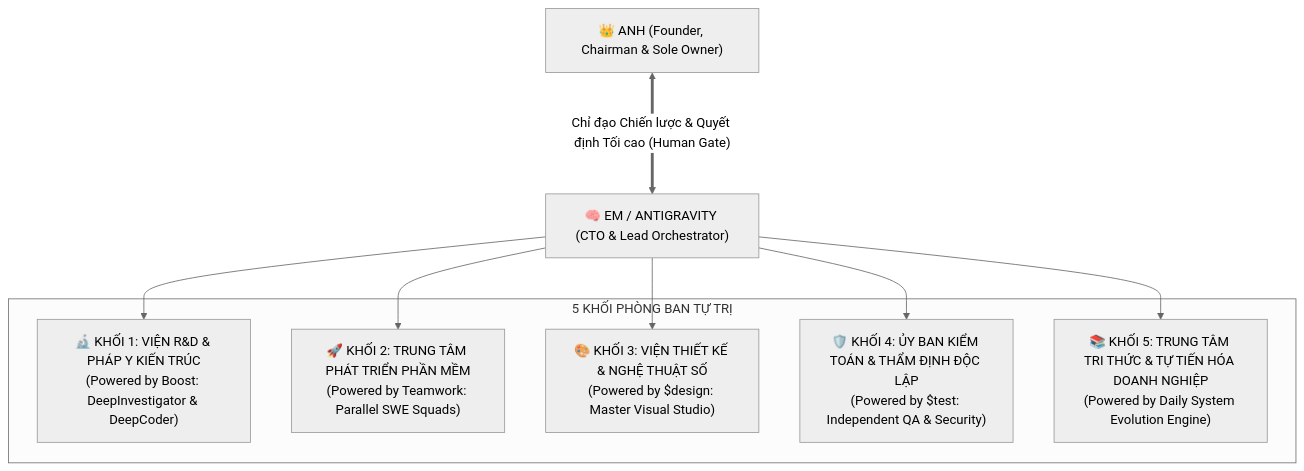
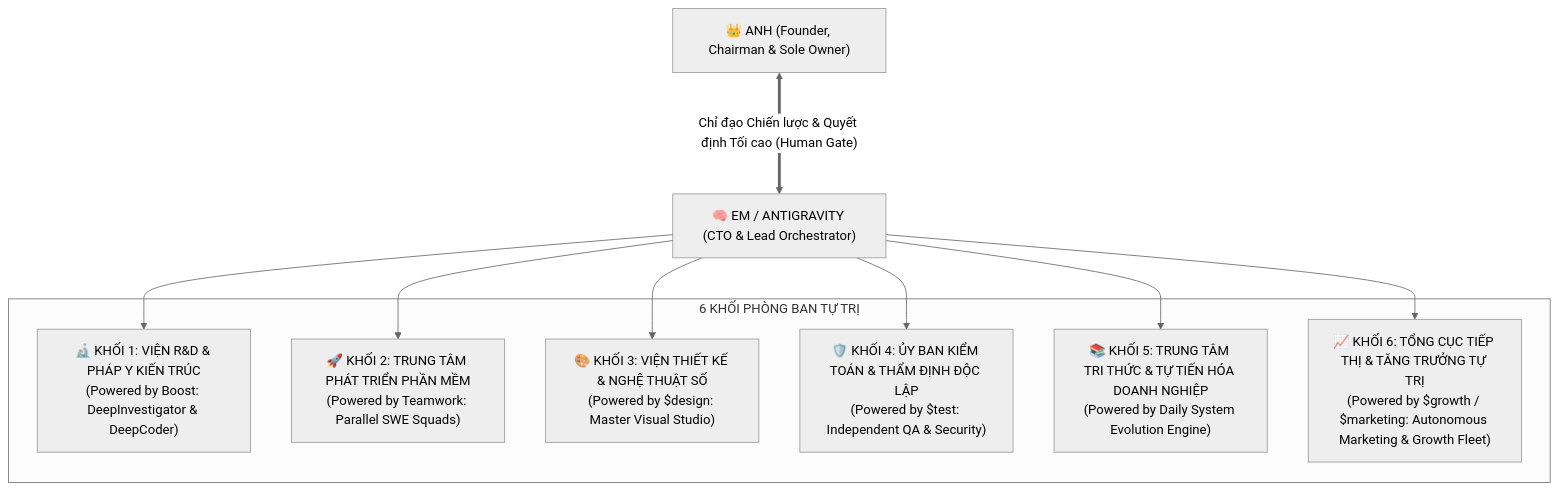
Before and after one commit to hoadulieu2003-lang/antigravity-skill: the diagram in config/ENTERPRISE_CHARTER.md, drawn with Mermaid (neutral theme). The commit also changed other lines of this file and 24 other files, not shown here.

````diff
--- a/config/ENTERPRISE_CHARTER.md
+++ b/config/ENTERPRISE_CHARTER.md
@@ -14,21 +14,23 @@
 ```mermaid
 flowchart TD
     Founder["👑 ANH (Founder, Chairman & Sole Owner)"]
     CTO["🧠 EM / ANTIGRAVITY (CTO & Lead Orchestrator)"]
     
     Founder <===>|"Chỉ đạo Chiến lược & Quyết định Tối cao (Human Gate)"| CTO
     
-    subgraph CorporateDivisions ["5 KHỐI PHÒNG BAN TỰ TRỊ"]
+    subgraph CorporateDivisions ["6 KHỐI PHÒNG BAN TỰ TRỊ"]
         D1["🔬 KHỐI 1: VIỆN R&D & PHÁP Y KIẾN TRÚC\n(Powered by Boost: DeepInvestigator & DeepCoder)"]
         D2["🚀 KHỐI 2: TRUNG TÂM PHÁT TRIỂN PHẦN MỀM\n(Powered by Teamwork: Parallel SWE Squads)"]
         D3["🎨 KHỐI 3: VIỆN THIẾT KẾ & NGHỆ THUẬT SỐ\n(Powered by $design: Master Visual Studio)"]
         D4["🛡️ KHỐI 4: ỦY BAN KIỂM TOÁN & THẨM ĐỊNH ĐỘC LẬP\n(Powered by $test: Independent QA & Security)"]
         D5["📚 KHỐI 5: TRUNG TÂM TRI THỨC & TỰ TIẾN HÓA DOANH NGHIỆP\n(Powered by Daily System Evolution Engine)"]
+        D6["📈 KHỐI 6: TỔNG CỤC TIẾP THỊ & TĂNG TRƯỞNG TỰ TRỊ\n(Powered by $growth / $marketing: Autonomous Marketing & Growth Fleet)"]
     end
     
     CTO --> D1
     CTO --> D2
     CTO --> D3
     CTO --> D4
     CTO --> D5
+    CTO --> D6
 ```
````
